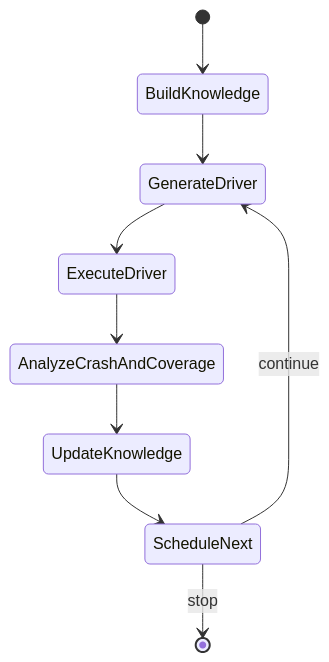
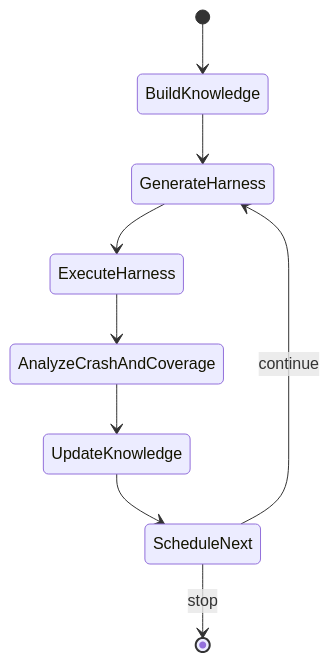
Before and after one commit to vell1ch0r/AxF: the second of 2 diagrams in docs/architecture.md, drawn with Mermaid. The commit also changed other lines of this file and 4 other files, not shown here.

````diff
--- a/docs/architecture.md
+++ b/docs/architecture.md
@@ -255,11 +255,11 @@
 ```mermaid
 stateDiagram-v2
     [*] --> BuildKnowledge
-    BuildKnowledge --> GenerateDriver
-    GenerateDriver --> ExecuteDriver
-    ExecuteDriver --> AnalyzeCrashAndCoverage
+    BuildKnowledge --> GenerateHarness
+    GenerateHarness --> ExecuteHarness
+    ExecuteHarness --> AnalyzeCrashAndCoverage
     AnalyzeCrashAndCoverage --> UpdateKnowledge
     UpdateKnowledge --> ScheduleNext
-    ScheduleNext --> GenerateDriver: continue
+    ScheduleNext --> GenerateHarness: continue
     ScheduleNext --> [*]: stop
 ```
````
